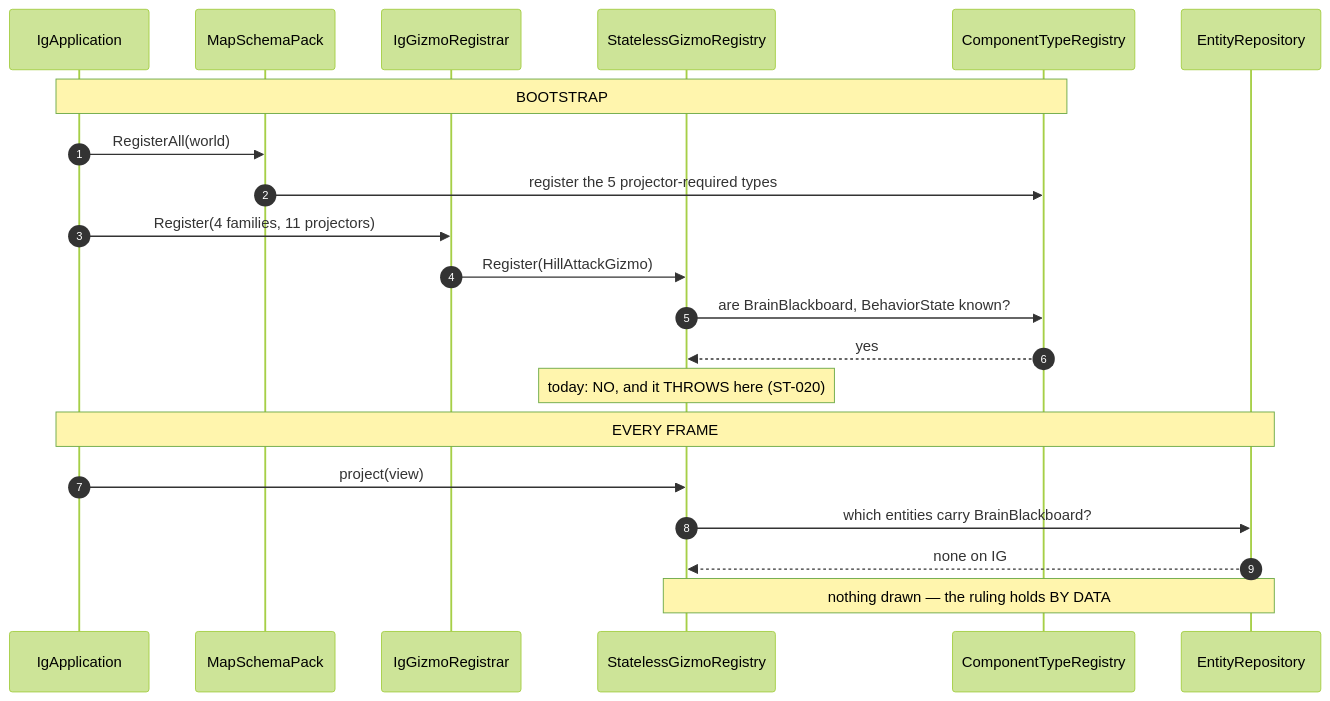
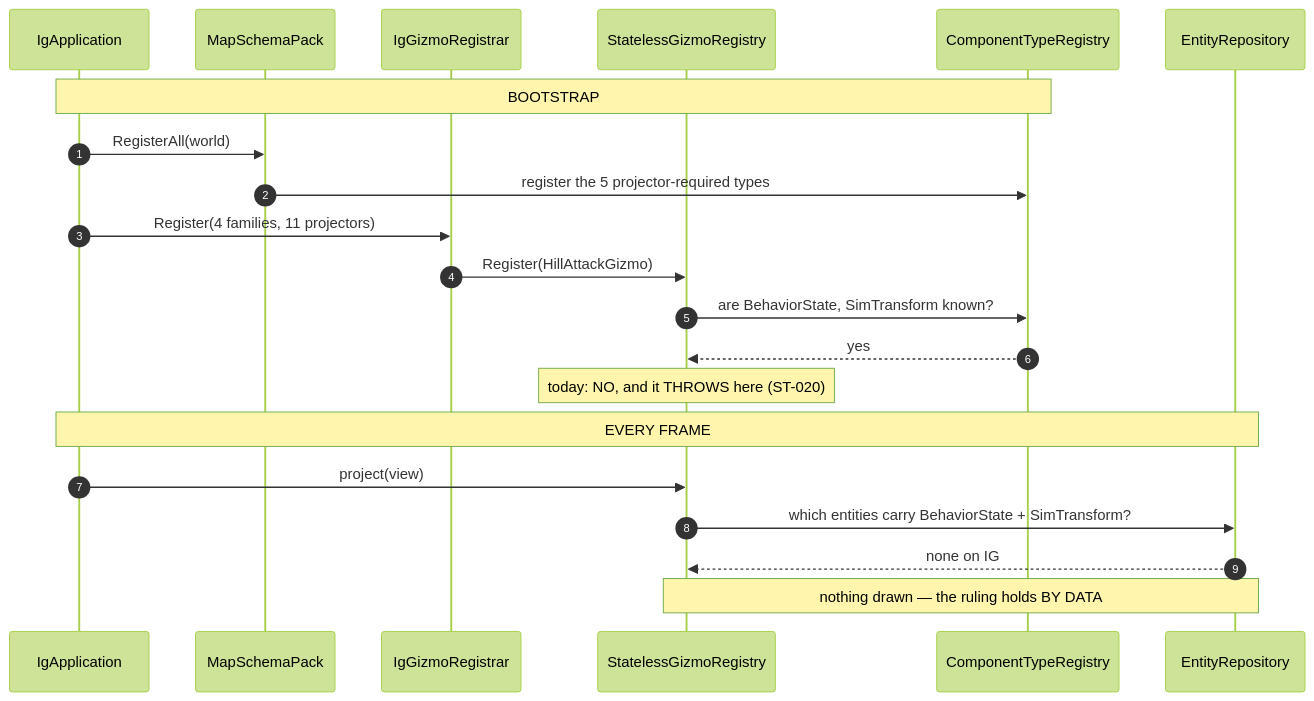
The second of 2 diagrams in docs/blueprints/Architect_Question_52_Gizmo_Family_Composition.md (pjanec/HROT), drawn with Mermaid (forest theme) before and after one commit. The commit also changed other lines of this file and 116 other files, not shown here.

````diff
--- a/docs/blueprints/Architect_Question_52_Gizmo_Family_Composition.md
+++ b/docs/blueprints/Architect_Question_52_Gizmo_Family_Composition.md
@@ -133,25 +133,25 @@
 ```mermaid
 sequenceDiagram
     autonumber
     participant Host as IgApplication
     participant Schema as MapSchemaPack
     participant Reg as IgGizmoRegistrar
     participant Stateless as StatelessGizmoRegistry
     participant Types as ComponentTypeRegistry
     participant World as EntityRepository
 
     Note over Host,Types: BOOTSTRAP
     Host->>Schema: RegisterAll(world)
     Schema->>Types: register the 5 projector-required types
     Host->>Reg: Register(4 families, 11 projectors)
     Reg->>Stateless: Register(HillAttackGizmo)
-    Stateless->>Types: are BrainBlackboard, BehaviorState known?
+    Stateless->>Types: are BehaviorState, SimTransform known?
     Types-->>Stateless: yes
     Note over Stateless: today: NO, and it THROWS here (ST-020)
 
     Note over Host,World: EVERY FRAME
     Host->>Stateless: project(view)
-    Stateless->>World: which entities carry BrainBlackboard?
+    Stateless->>World: which entities carry BehaviorState + SimTransform?
     World-->>Stateless: none on IG
     Note over Stateless,World: nothing drawn — the ruling holds BY DATA
 ```
````
